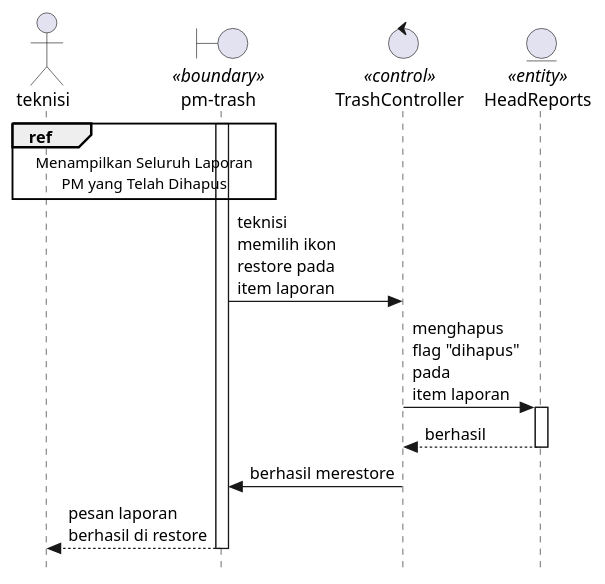
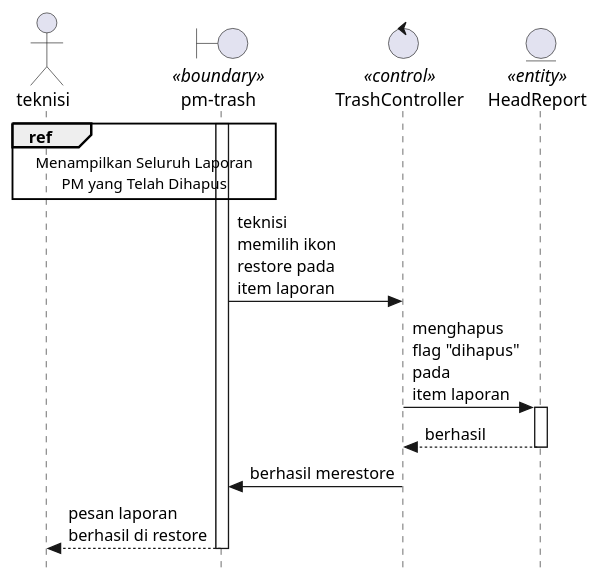
Before and after one commit to KPL-slur/eec-sifse-fixed: the first of 2 diagrams in Docs/diagrams/sequence/restore.plantuml, drawn with PlantUML. The commit also changed other lines of this file and 5 other files, not shown here.

```diff
--- a/Docs/diagrams/sequence/restore.plantuml
+++ b/Docs/diagrams/sequence/restore.plantuml
@@ -1,21 +1,21 @@
 @startuml restorePM
 
 skinparam style strictuml
 
 actor teknisi
 boundary "pm-trash" as trash <<boundary>>
 control TrashController <<control>>
-entity HeadReports <<entity>>
+entity HeadReport <<entity>>
 
 ref over teknisi, trash : Menampilkan Seluruh Laporan\nPM yang Telah Dihapus
 
 activate trash
 trash -> TrashController : teknisi\nmemilih ikon\nrestore pada\nitem laporan
-TrashController -> HeadReports : menghapus\nflag "dihapus"\npada\nitem laporan
-    activate HeadReports
+TrashController -> HeadReport : menghapus\nflag "dihapus"\npada\nitem laporan
+    activate HeadReport
     return berhasil
 TrashController -> trash : berhasil merestore
 trash --> teknisi : pesan laporan\nberhasil di restore
     deactivate trash
 
 @enduml
```
